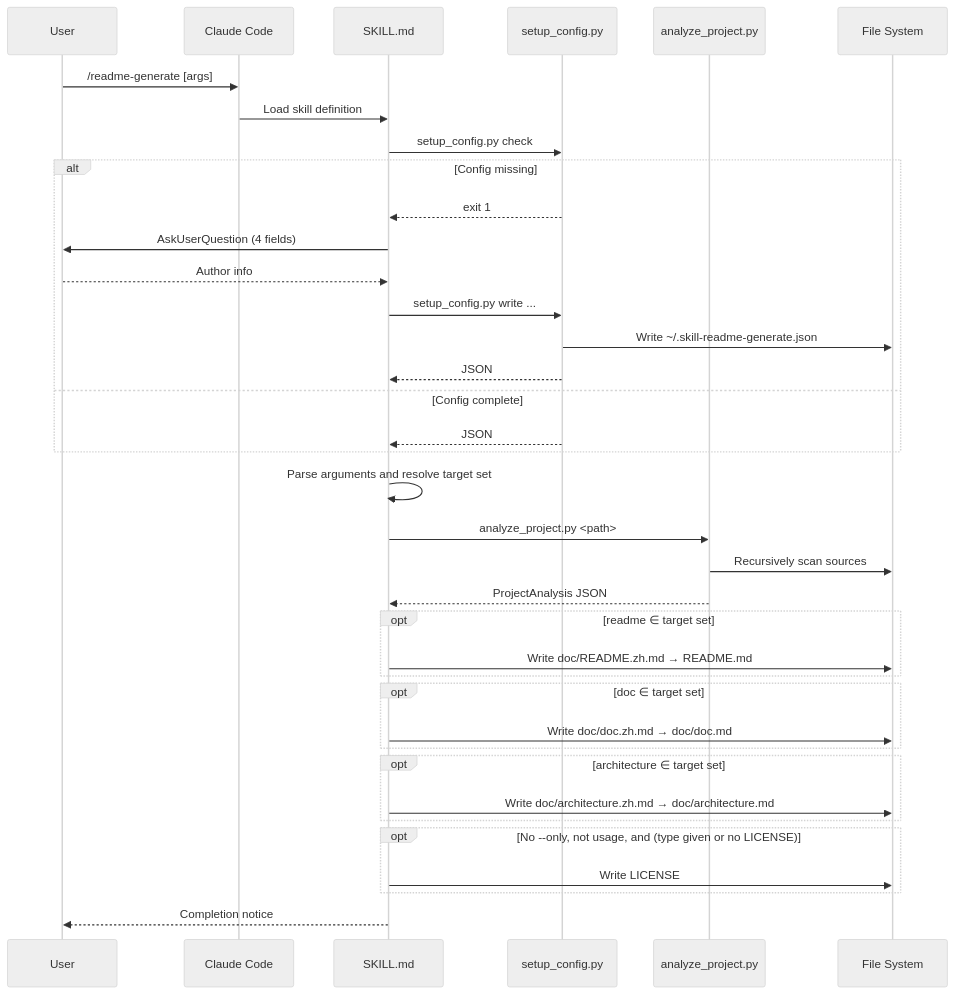
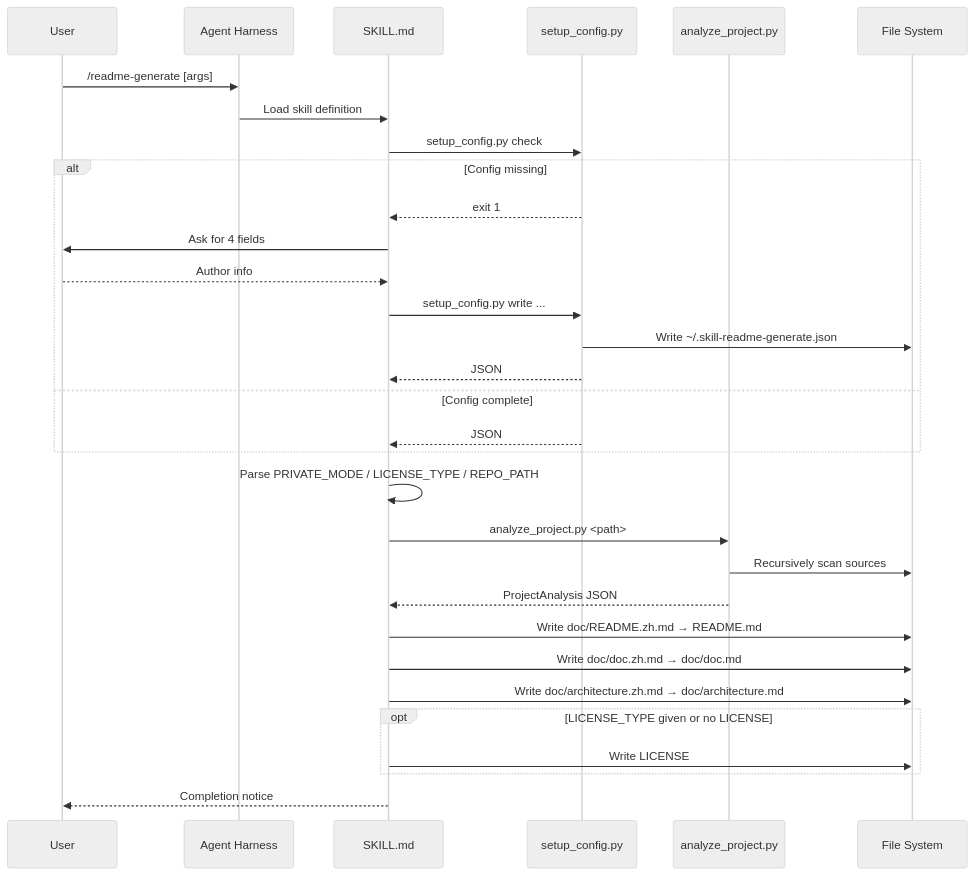
The sixth of 7 diagrams in doc/architecture.md (agenvoy/skill-readme-generate), drawn with Mermaid (neutral theme) before and after one commit. The commit also changed other lines of this file and 6 other files, not shown here.

````diff
--- a/doc/architecture.md
+++ b/doc/architecture.md
@@ -141,40 +139,34 @@
 ```mermaid
 sequenceDiagram
     participant User
-    participant Claude as Claude Code
+    participant Agent as Agent Harness
     participant Skill as SKILL.md
     participant Config as setup_config.py
     participant Analyze as analyze_project.py
     participant FS as File System
 
-    User->>Claude: /readme-generate [args]
-    Claude->>Skill: Load skill definition
+    User->>Agent: /readme-generate [args]
+    Agent->>Skill: Load skill definition
     Skill->>Config: setup_config.py check
     alt Config missing
         Config-->>Skill: exit 1
-        Skill->>User: AskUserQuestion (4 fields)
+        Skill->>User: Ask for 4 fields
         User-->>Skill: Author info
         Skill->>Config: setup_config.py write ...
         Config->>FS: Write ~/.skill-readme-generate.json
         Config-->>Skill: JSON
     else Config complete
         Config-->>Skill: JSON
     end
-    Skill->>Skill: Parse arguments and resolve target set
+    Skill->>Skill: Parse PRIVATE_MODE / LICENSE_TYPE / REPO_PATH
     Skill->>Analyze: analyze_project.py <path>
     Analyze->>FS: Recursively scan sources
     Analyze-->>Skill: ProjectAnalysis JSON
-    opt readme ∈ target set
-        Skill->>FS: Write doc/README.zh.md → README.md
-    end
-    opt doc ∈ target set
-        Skill->>FS: Write doc/doc.zh.md → doc/doc.md
-    end
-    opt architecture ∈ target set
-        Skill->>FS: Write doc/architecture.zh.md → doc/architecture.md
-    end
-    opt No --only, not usage, and (type given or no LICENSE)
+    Skill->>FS: Write doc/README.zh.md → README.md
+    Skill->>FS: Write doc/doc.zh.md → doc/doc.md
+    Skill->>FS: Write doc/architecture.zh.md → doc/architecture.md
+    opt LICENSE_TYPE given or no LICENSE
         Skill->>FS: Write LICENSE
     end
     Skill-->>User: Completion notice
 ```
````
